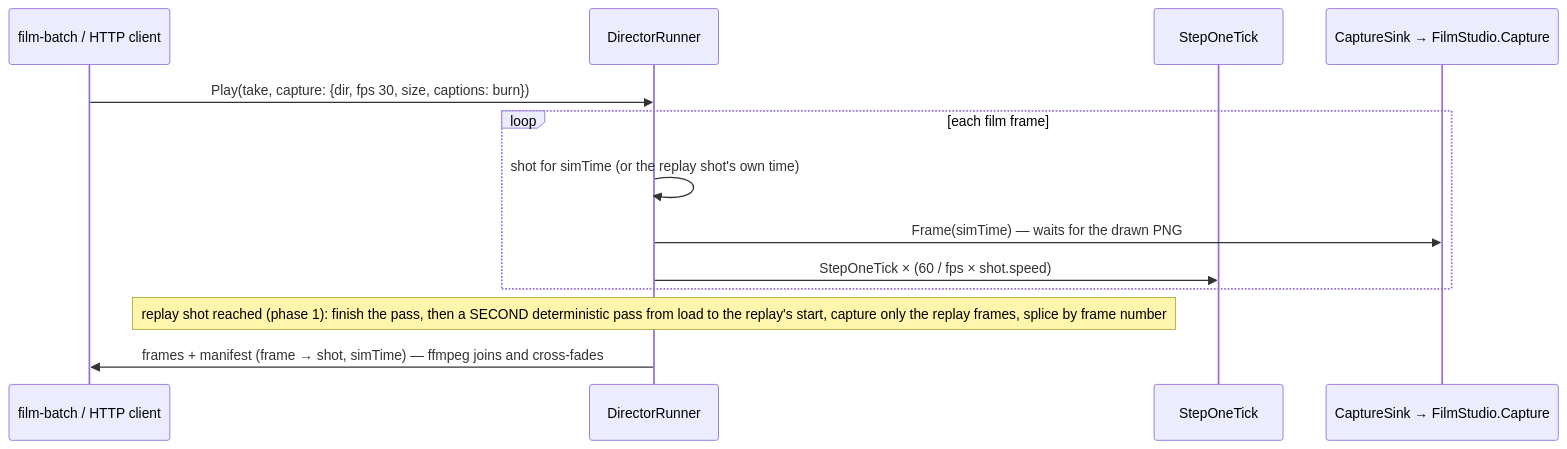
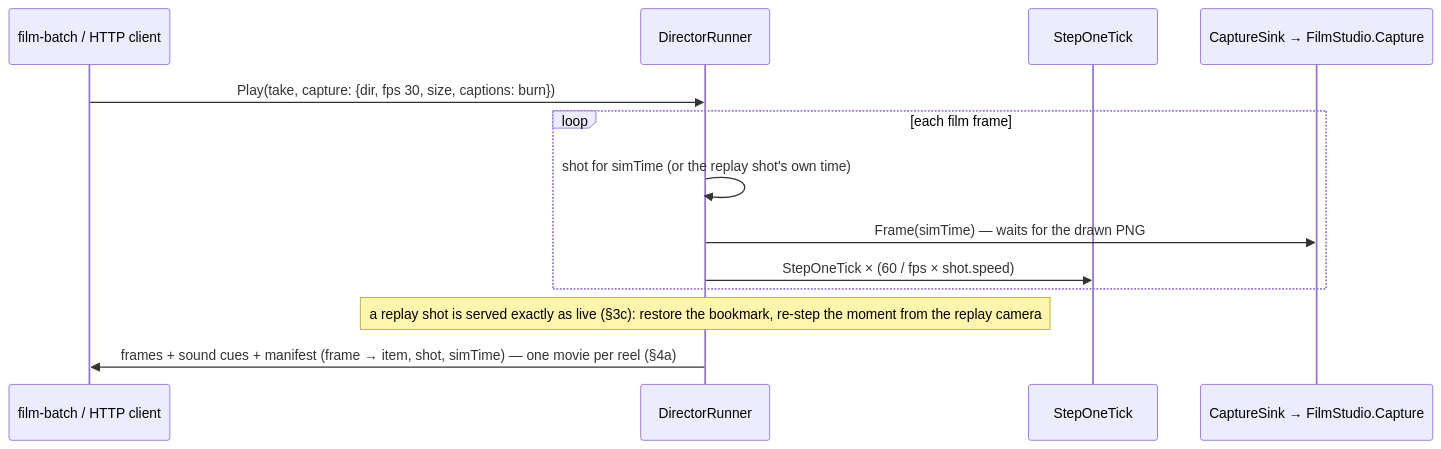
Before and after one commit to pjanec/HROT: the fifth of 6 diagrams in docs/DESIGN_Film_Director.md, drawn with Mermaid. The commit also changed other lines of this file and 5 other files, not shown here.

First line of the commit message:
docs: film director second pass — R-4059 sound in every view, R-4060 layers from takes and HTTP, live instant replays, a reel is one movie

````diff
--- a/docs/DESIGN_Film_Director.md
+++ b/docs/DESIGN_Film_Director.md
@@ -274,15 +301,15 @@
 ```mermaid
 sequenceDiagram
   participant B as film-batch / HTTP client
   participant R as DirectorRunner
   participant C as StepOneTick
   participant K as CaptureSink → FilmStudio.Capture
   B->>R: Play(take, capture: {dir, fps 30, size, captions: burn})
   loop each film frame
     R->>R: shot for simTime (or the replay shot's own time)
     R->>K: Frame(simTime) — waits for the drawn PNG
     R->>C: StepOneTick × (60 / fps × shot.speed)
   end
-  Note over R: replay shot reached (phase 1): finish the pass, then a SECOND deterministic pass from load to the replay's start, capture only the replay frames, splice by frame number
-  R->>B: frames + manifest (frame → shot, simTime) — ffmpeg joins and cross-fades
+  Note over R: a replay shot is served exactly as live (§3c): restore the bookmark, re-step the moment from the replay camera
+  R->>B: frames + sound cues + manifest (frame → item, shot, simTime) — one movie per reel (§4a)
 ```
````
